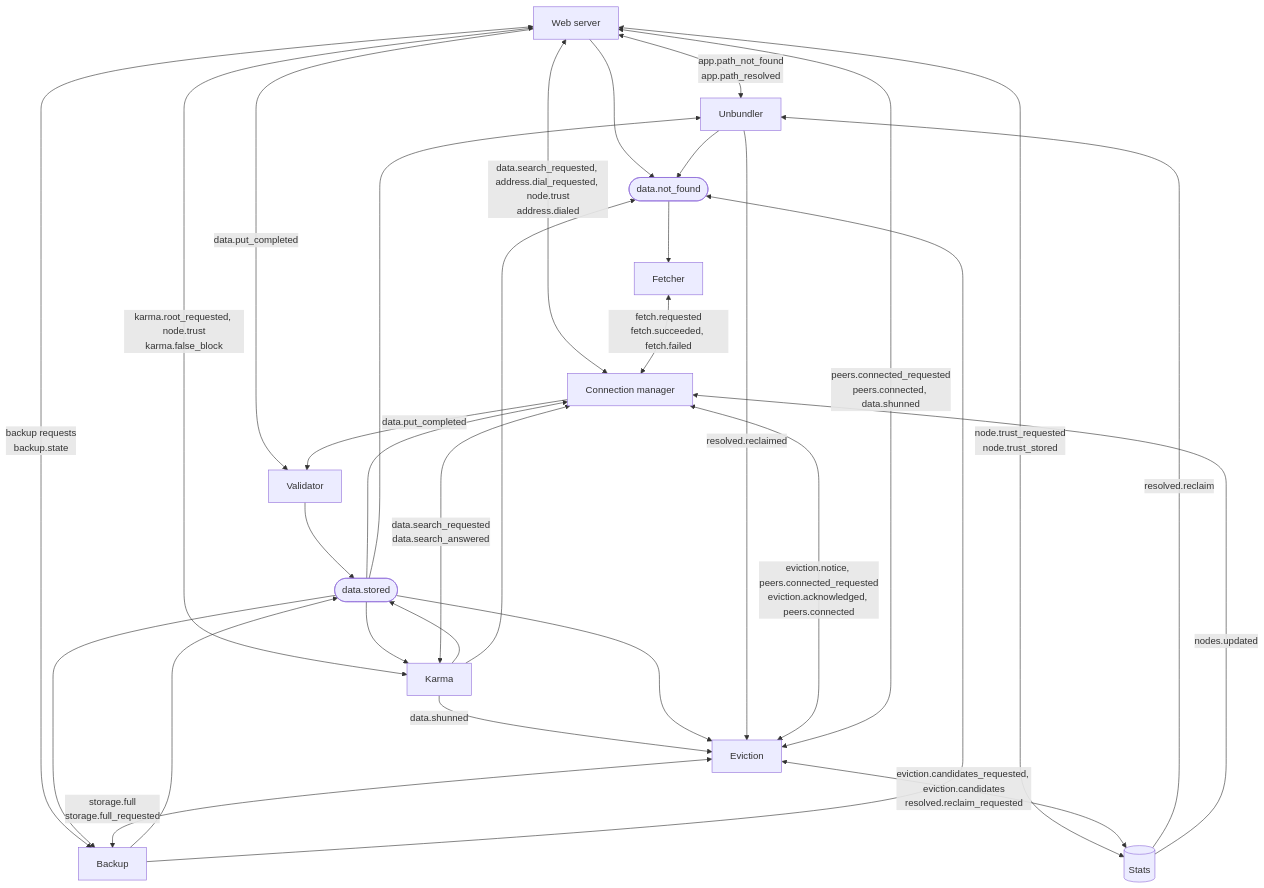
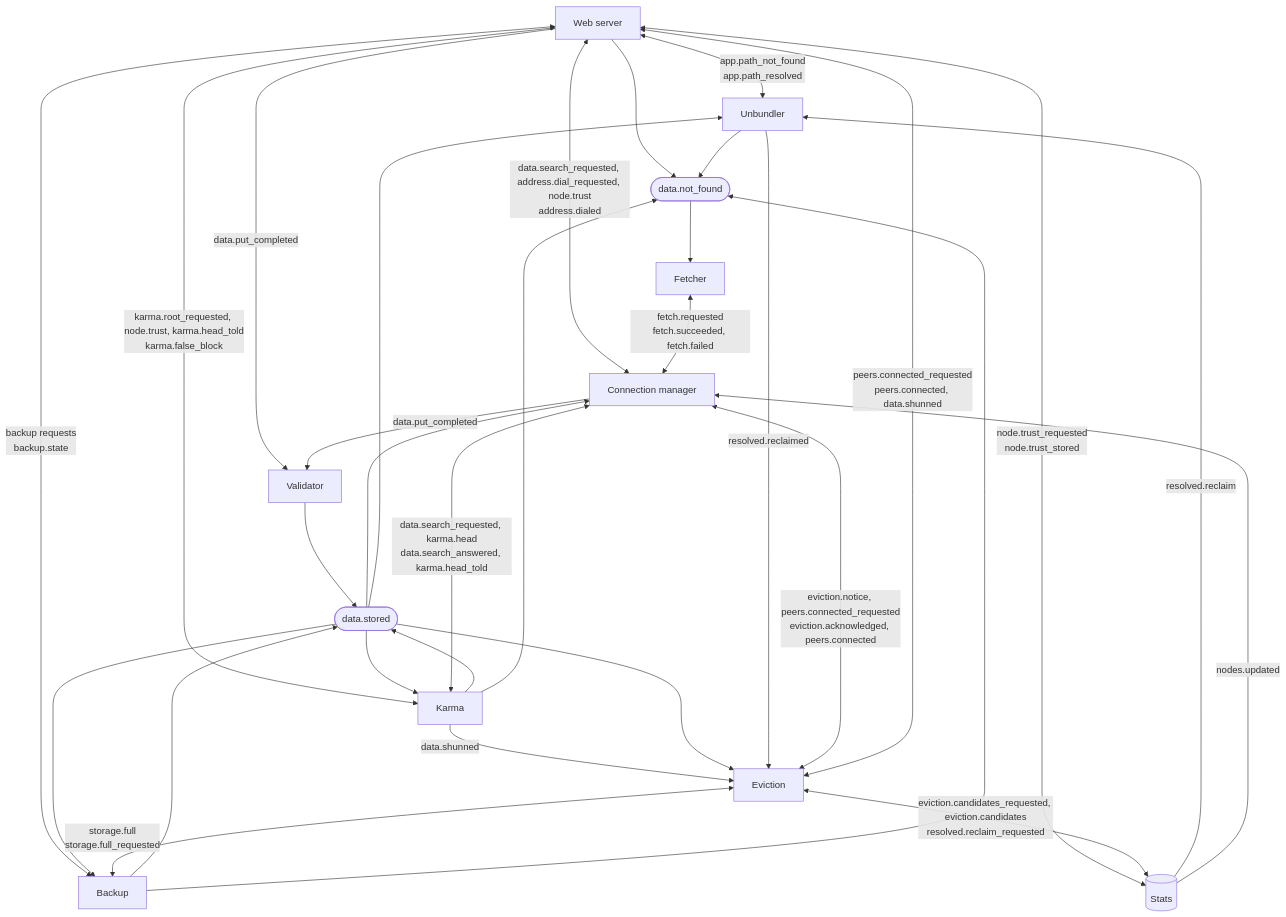
One commit to marcpage/libranet changed the eighth of 13 diagrams in docs/implementation/Module System.md. Above: the diagram before and after it, drawn with Mermaid. The commit also changed other lines of this file and 20 other files, not shown here.

````diff
--- a/docs/implementation/Module System.md
+++ b/docs/implementation/Module System.md
@@ -1081,45 +1099,45 @@
 ```mermaid
 flowchart TB
     web["Web server"]
     unb["Unbundler"]
     backup["Backup"]
     karma["Karma"]
     val["Validator"]
     fetch["Fetcher"]
     conn["Connection manager"]
     evict["Eviction"]
     stats[("Stats")]
     stored(["data.stored"])
     missing(["data.not_found"])
 
     web <-->|"app.path_not_found<br/>app.path_resolved"| unb
     web <-->|"backup requests<br/>backup.state"| backup
     web -->|"data.put_completed"| val
     web <-->|"data.search_requested, address.dial_requested, node.trust<br/>address.dialed"| conn
     web <-->|"node.trust_requested<br/>node.trust_stored"| stats
-    web <-->|"karma.root_requested, node.trust<br/>karma.false_block"| karma
-    karma <-->|"data.search_requested<br/>data.search_answered"| conn
+    web <-->|"karma.root_requested, node.trust, karma.head_told<br/>karma.false_block"| karma
+    karma <-->|"data.search_requested, karma.head<br/>data.search_answered, karma.head_told"| conn
     karma -->|"data.shunned"| evict
     conn -->|"data.put_completed"| val
     val --> stored
     backup --> stored
     karma --> stored
     stored --> conn
     stored --> evict
     stored --> backup
     stored --> unb
     stored --> karma
     web --> missing
     unb --> missing
     backup --> missing
     karma --> missing
     missing --> fetch
     fetch <-->|"fetch.requested<br/>fetch.succeeded, fetch.failed"| conn
     evict <-->|"eviction.notice, peers.connected_requested<br/>eviction.acknowledged, peers.connected"| conn
     evict <-->|"peers.connected_requested<br/>peers.connected, data.shunned"| web
     evict <-->|"storage.full<br/>storage.full_requested"| backup
     evict <-->|"eviction.candidates_requested, eviction.candidates<br/>resolved.reclaim_requested"| stats
     stats -->|"resolved.reclaim"| unb
     unb -->|"resolved.reclaimed"| evict
     stats -->|"nodes.updated"| conn
 ```
````
